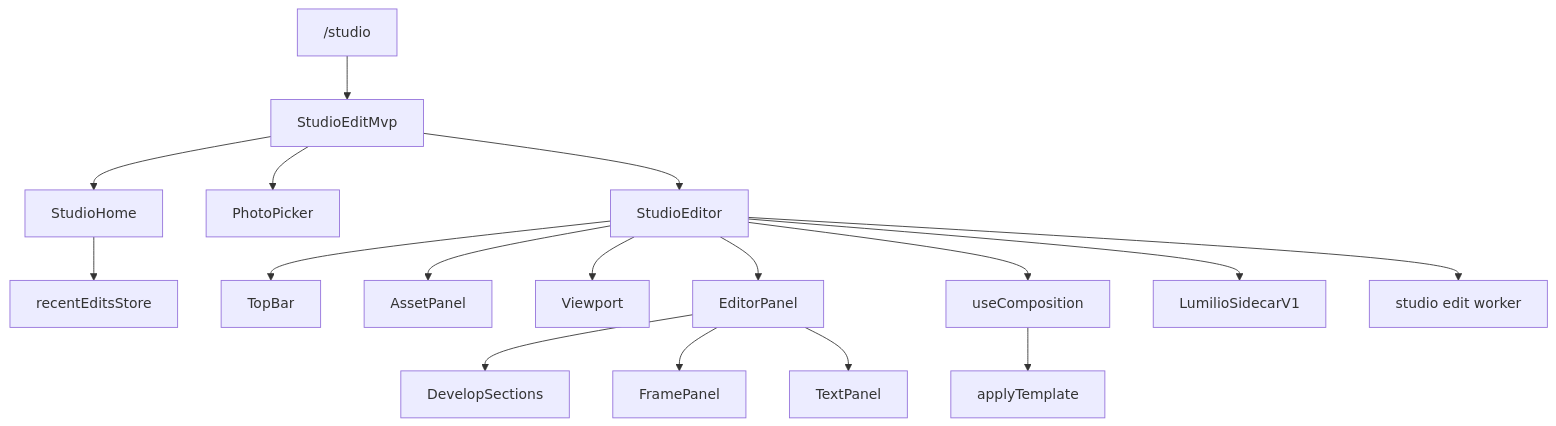
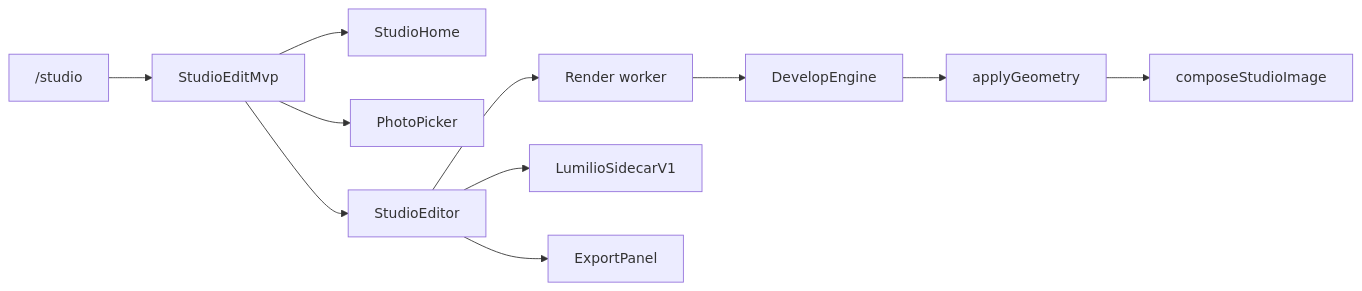
Before and after one commit to EdwinZhanCN/Lumilio-Photos: the diagram in web/src/features/studio/doc.md, drawn with Mermaid. The commit also changed other lines of this file and 74 other files, not shown here.

````diff
--- a/web/src/features/studio/doc.md
+++ b/web/src/features/studio/doc.md
@@ -121,19 +28,13 @@
 ```mermaid
-flowchart TD
+flowchart LR
     ROUTE["/studio"] --> SHELL["StudioEditMvp"]
     SHELL --> HOME["StudioHome"]
     SHELL --> PICKER["PhotoPicker"]
     SHELL --> EDITOR["StudioEditor"]
-    HOME --> RECENT["recentEditsStore"]
-    EDITOR --> TOP["TopBar"]
-    EDITOR --> ASSET["AssetPanel"]
-    EDITOR --> VIEW["Viewport"]
-    EDITOR --> PANEL["EditorPanel"]
-    PANEL --> DEV["DevelopSections"]
-    PANEL --> FRAME["FramePanel"]
-    PANEL --> TEXT["TextPanel"]
-    EDITOR --> COMP["useComposition"]
-    COMP --> TPL["applyTemplate"]
-    EDITOR --> SIDE["LumilioSidecarV1"]
-    EDITOR --> WORKER["studio edit worker"]
+    EDITOR --> WORKER["Render worker"]
+    WORKER --> DEVELOP["DevelopEngine"]
+    DEVELOP --> GEOMETRY["applyGeometry"]
+    GEOMETRY --> COMPOSE["composeStudioImage"]
+    EDITOR --> SIDECAR["LumilioSidecarV1"]
+    EDITOR --> EXPORT["ExportPanel"]
 ```
````
